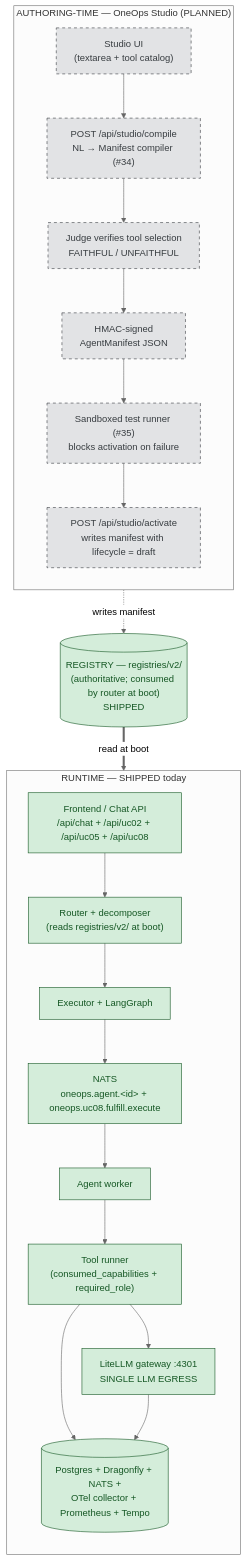
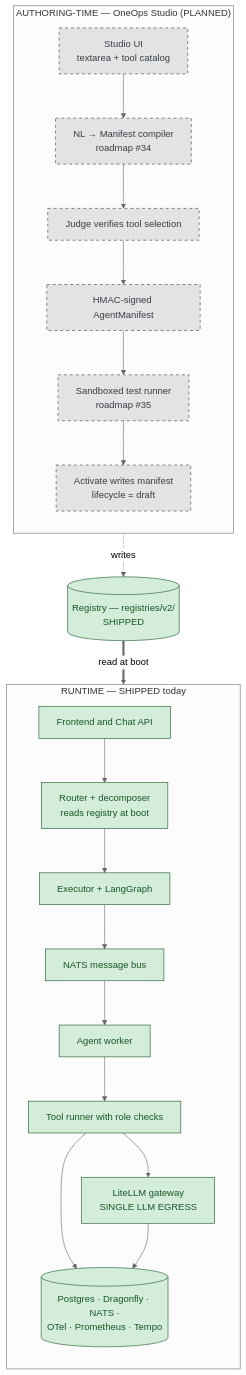
The first of 7 diagrams in docs/MANAGEMENT-BRIEFING.md (Kevinparashar/One-ops-NextGen), drawn with Mermaid (neutral theme) before and after one commit. The commit also changed other lines of this file and 1 other file, not shown here.

````diff
--- a/docs/MANAGEMENT-BRIEFING.md
+++ b/docs/MANAGEMENT-BRIEFING.md
@@ -66,37 +40,37 @@
 ```mermaid
 flowchart TD
     classDef shipped fill:#d4edda,stroke:#155724,color:#155724
     classDef partial fill:#fff3cd,stroke:#856404,color:#856404
     classDef planned fill:#e2e3e5,stroke:#383d41,color:#383d41,stroke-dasharray:5 5
 
     subgraph AUTH["AUTHORING-TIME — OneOps Studio (PLANNED)"]
         direction TB
-        ST_UI["Studio UI<br/>(textarea + tool catalog)"]:::planned
-        ST_COMP["POST /api/studio/compile<br/>NL → Manifest compiler (#34)"]:::planned
-        ST_JUDGE["Judge verifies tool selection<br/>FAITHFUL / UNFAITHFUL"]:::planned
-        ST_SIGN["HMAC-signed<br/>AgentManifest JSON"]:::planned
-        ST_TEST["Sandboxed test runner (#35)<br/>blocks activation on failure"]:::planned
-        ST_ACT["POST /api/studio/activate<br/>writes manifest with lifecycle = draft"]:::planned
+        ST_UI["Studio UI<br/>textarea + tool catalog"]:::planned
+        ST_COMP["NL → Manifest compiler<br/>roadmap #34"]:::planned
+        ST_JUDGE["Judge verifies tool selection"]:::planned
+        ST_SIGN["HMAC-signed AgentManifest"]:::planned
+        ST_TEST["Sandboxed test runner<br/>roadmap #35"]:::planned
+        ST_ACT["Activate writes manifest<br/>lifecycle = draft"]:::planned
         ST_UI --> ST_COMP --> ST_JUDGE --> ST_SIGN --> ST_TEST --> ST_ACT
     end
 
-    REG[("REGISTRY — registries/v2/<br/>(authoritative; consumed by router at boot)<br/>SHIPPED")]:::shipped
+    REG[("Registry — registries/v2/<br/>SHIPPED")]:::shipped
 
     subgraph RUN["RUNTIME — SHIPPED today"]
         direction TB
-        UI["Frontend / Chat API<br/>/api/chat + /api/uc02 + /api/uc05 + /api/uc08"]:::shipped
-        ROUTER["Router + decomposer<br/>(reads registries/v2/ at boot)"]:::shipped
+        UI["Frontend and Chat API"]:::shipped
+        ROUTER["Router + decomposer<br/>reads registry at boot"]:::shipped
         EXEC["Executor + LangGraph"]:::shipped
-        NATS["NATS<br/>oneops.agent.&lt;id&gt; + oneops.uc08.fulfill.execute"]:::shipped
+        NATS["NATS message bus"]:::shipped
         AGENT["Agent worker"]:::shipped
-        TOOLS["Tool runner<br/>(consumed_capabilities + required_role)"]:::shipped
-        LLM["LiteLLM gateway :4301<br/>SINGLE LLM EGRESS"]:::shipped
-        STACK[("Postgres + Dragonfly + NATS +<br/>OTel collector + Prometheus + Tempo")]:::shipped
+        TOOLS["Tool runner with role checks"]:::shipped
+        LLM["LiteLLM gateway<br/>SINGLE LLM EGRESS"]:::shipped
+        STACK[("Postgres · Dragonfly · NATS ·<br/>OTel · Prometheus · Tempo")]:::shipped
         UI --> ROUTER --> EXEC --> NATS --> AGENT --> TOOLS --> LLM
         TOOLS --> STACK
         LLM --> STACK
     end
 
-    ST_ACT -.->|writes manifest| REG
+    ST_ACT -.->|writes| REG
     REG ==>|read at boot| ROUTER
 ```
````
